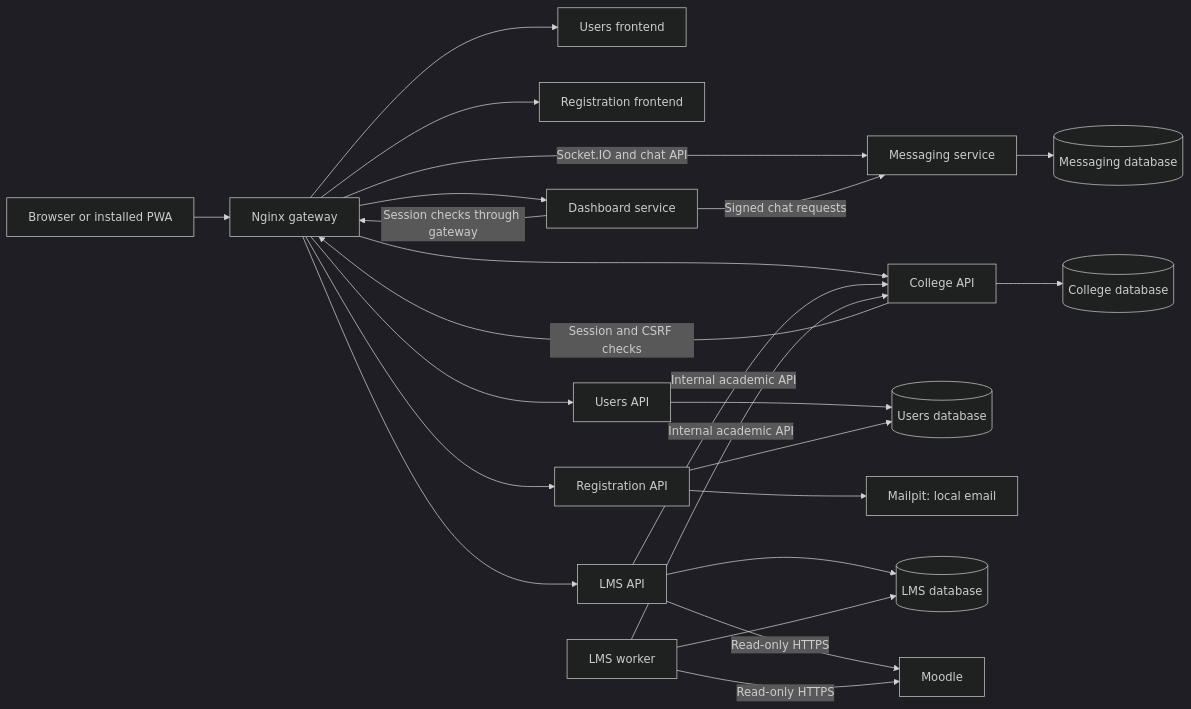
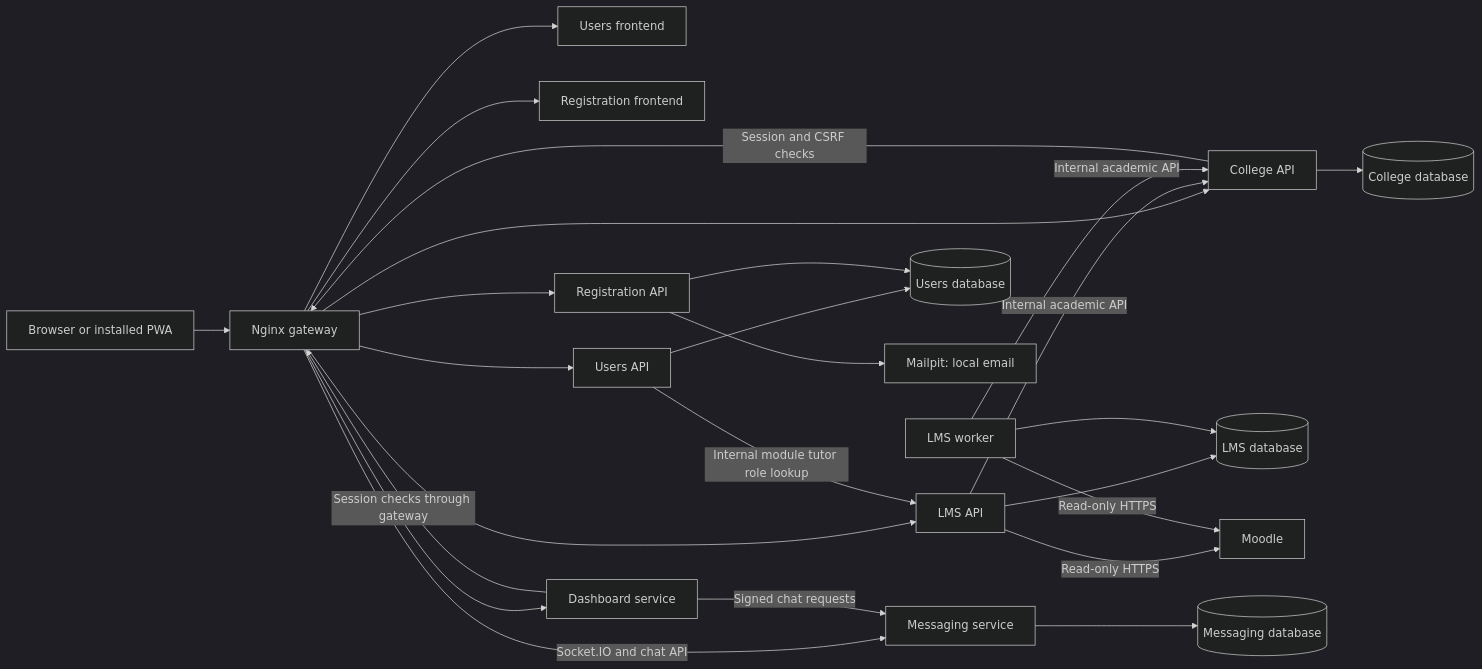
The first of 2 diagrams in docs/architecture/overview.md (Y4TutorProject/Y4TutorPlatform), drawn with Mermaid (dark theme) before and after one commit. The commit also changed other lines of this file and 9 other files, not shown here.

````diff
--- a/docs/architecture/overview.md
+++ b/docs/architecture/overview.md
@@ -7,26 +7,27 @@
 ```mermaid
 flowchart LR
     browser[Browser or installed PWA] --> gateway[Nginx gateway]
     gateway --> login[Users frontend]
     gateway --> signup[Registration frontend]
     gateway --> dashboard[Dashboard service]
     gateway --> users[Users API]
     gateway --> registration[Registration API]
     gateway --> college[College API]
     gateway --> lms[LMS API]
     gateway -->|Socket.IO and chat API| messaging[Messaging service]
     dashboard -->|Session checks through gateway| gateway
     dashboard -->|Signed chat requests| messaging
+    users -->|Internal module tutor role lookup| lms
     users --> usersdb[(Users database)]
     registration --> usersdb
     registration --> mail[Mailpit: local email]
     college --> collegedb[(College database)]
     college -->|Session and CSRF checks| gateway
     lms --> lmsdb[(LMS database)]
     worker[LMS worker] --> lmsdb
     lms -->|Internal academic API| college
     worker -->|Internal academic API| college
     lms -->|Read-only HTTPS| moodle[Moodle]
     worker -->|Read-only HTTPS| moodle
     messaging --> chatdb[(Messaging database)]
 ```
````
